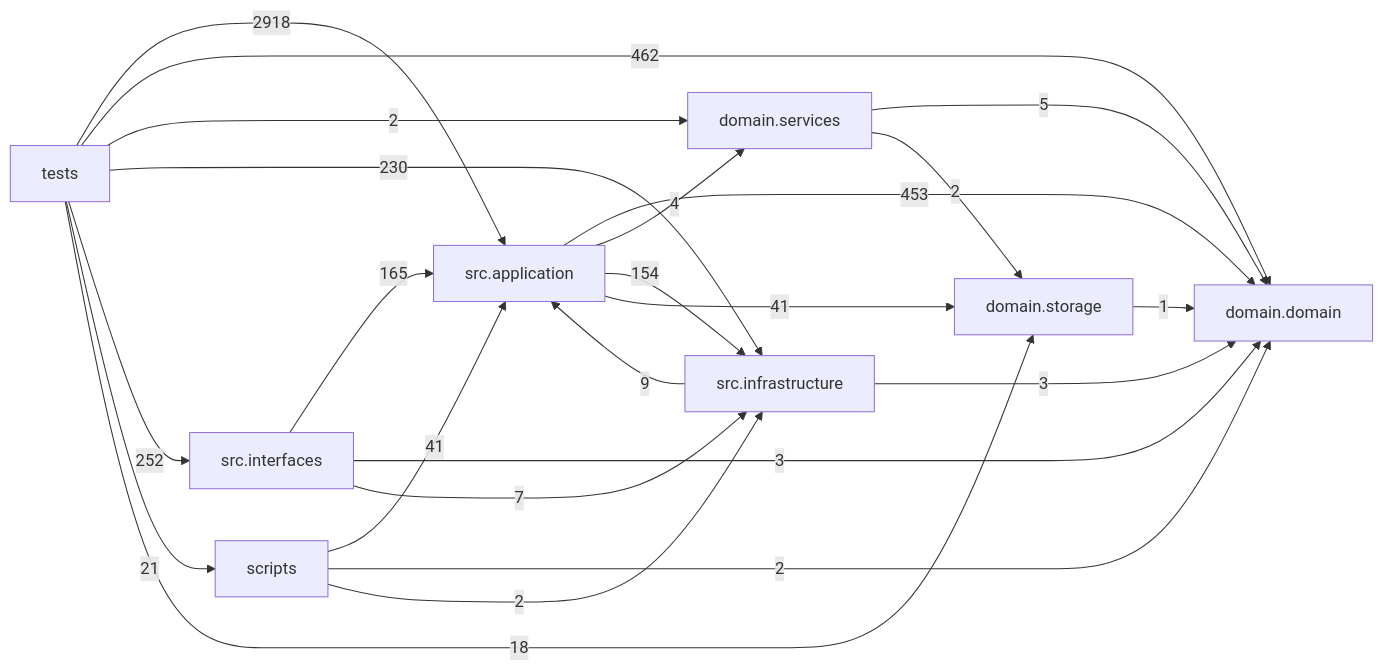
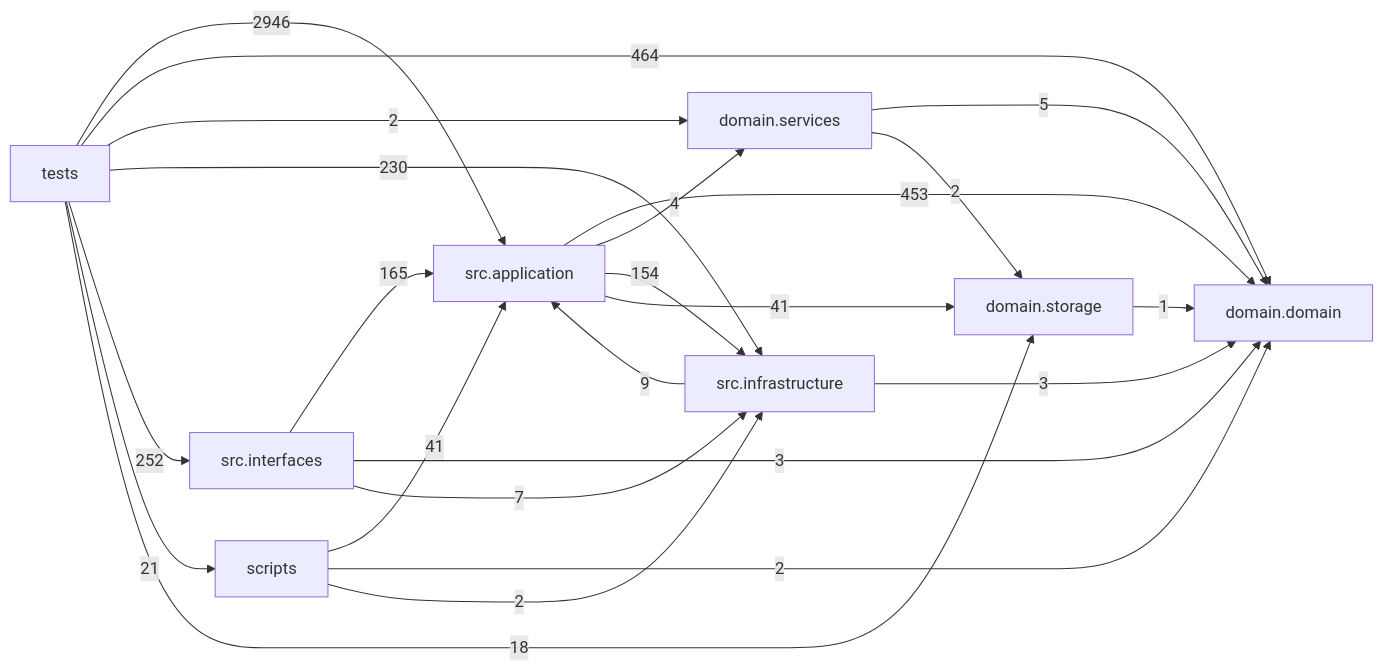
One commit to liuxie066/options-monitor changed the diagram in docs/DEPENDENCY_GRAPH.md. Above: the diagram before and after it, drawn with Mermaid. The commit also changed other lines of this file and 21 other files, not shown here.

````diff
--- a/docs/DEPENDENCY_GRAPH.md
+++ b/docs/DEPENDENCY_GRAPH.md
@@ -24,33 +24,33 @@
 ```mermaid
 flowchart LR
   tests["tests"]
   scripts["scripts"]
   interfaces["src.interfaces"]
   application["src.application"]
   infrastructure["src.infrastructure"]
   domain_services["domain.services"]
   domain["domain.domain"]
   storage["domain.storage"]
   application -->|453| domain
   application -->|4| domain_services
   application -->|154| infrastructure
   application -->|41| storage
   domain_services -->|5| domain
   domain_services -->|2| storage
   infrastructure -->|9| application
   infrastructure -->|3| domain
   interfaces -->|165| application
   interfaces -->|3| domain
   interfaces -->|7| infrastructure
   scripts -->|41| application
   scripts -->|2| domain
   scripts -->|2| infrastructure
   storage -->|1| domain
-  tests -->|2918| application
-  tests -->|462| domain
+  tests -->|2946| application
+  tests -->|464| domain
   tests -->|2| domain_services
   tests -->|230| infrastructure
   tests -->|252| interfaces
   tests -->|21| scripts
   tests -->|18| storage
 ```
````
